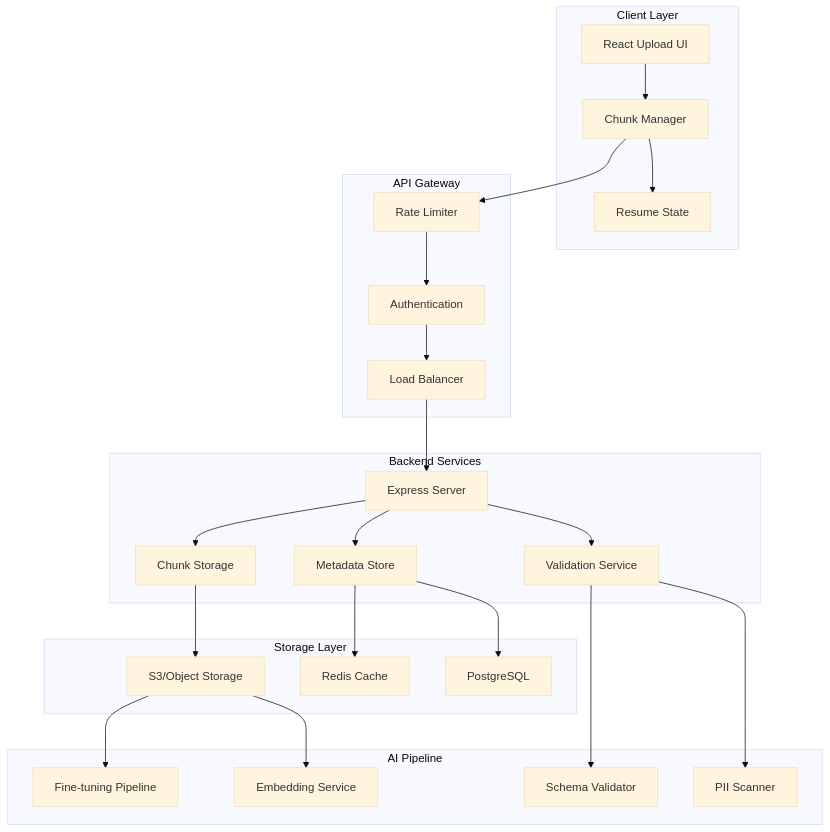
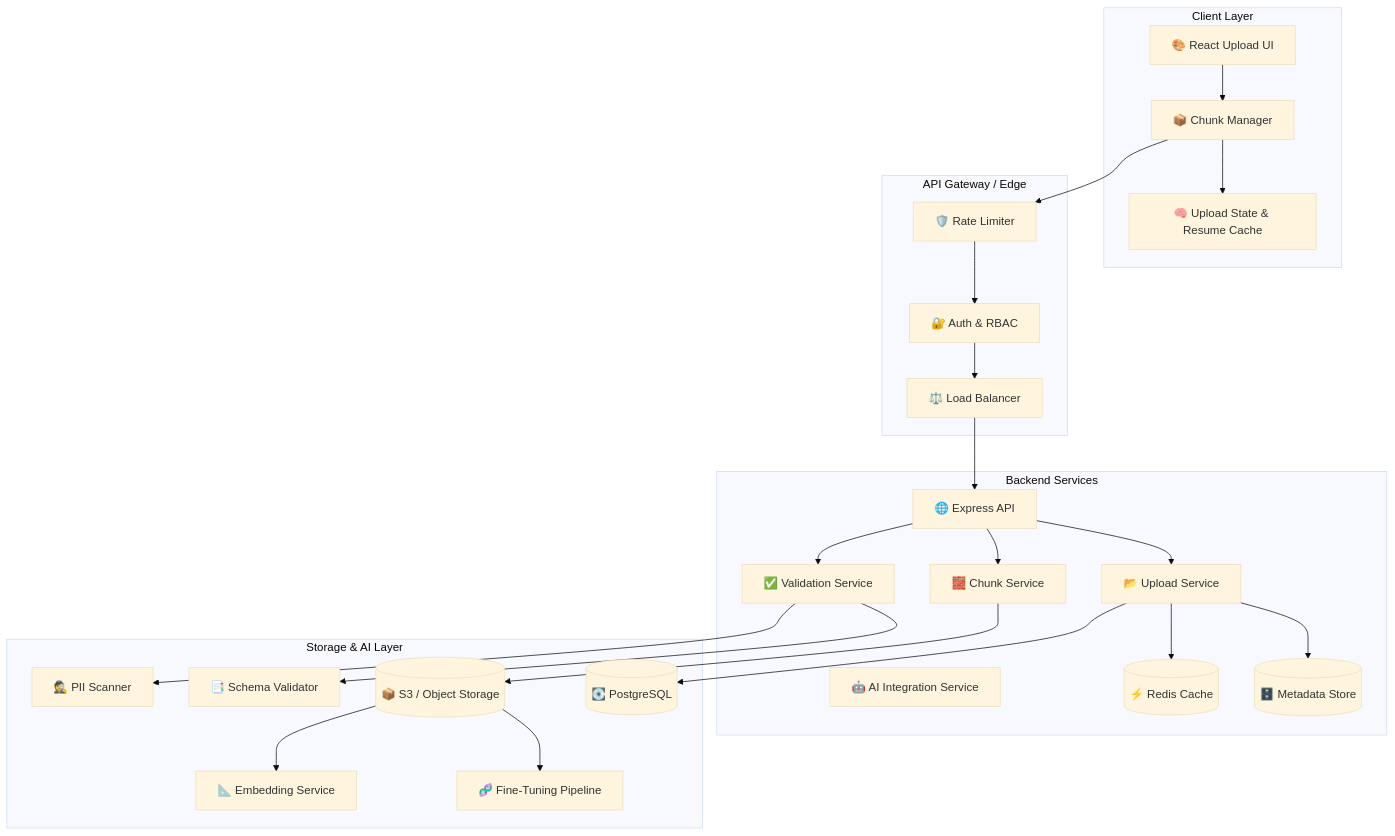
The first of 2 diagrams in README.md (mshall/resilient-dataset-artifact-upload), drawn with Mermaid (base theme) before and after one commit. The commit also changed other lines of this file and 2 other files, not shown here.

````diff
--- a/README.md
+++ b/README.md
@@ -34,51 +57,44 @@
 ```mermaid
 graph TB
     subgraph "Client Layer"
-        UI[React Upload UI]
-        CM[Chunk Manager]
-        RS[Resume State]
+        UI[🎨 React Upload UI]
+        CM[📦 Chunk Manager]
+        ST[🧠 Upload State & Resume Cache]
     end
-    
-    subgraph "API Gateway"
-        RL[Rate Limiter]
-        AUTH[Authentication]
-        LB[Load Balancer]
+
+    subgraph "API Gateway / Edge"
+        RL[🛡️ Rate Limiter]
+        AUTH[🔐 Auth & RBAC]
+        LB[⚖️ Load Balancer]
     end
-    
+
     subgraph "Backend Services"
-        ES[Express Server]
-        CS[Chunk Storage]
-        MS[Metadata Store]
-        VS[Validation Service]
+        ES[🌐 Express API]
+        US[📂 Upload Service]
+        CHS[🧱 Chunk Service]
+        VS[✅ Validation Service]
+        AIS[🤖 AI Integration Service]
+        MS[(🗄️ Metadata Store)]
+        CCH[(⚡ Redis Cache)]
     end
-    
-    subgraph "Storage Layer"
-        S3[S3/Object Storage]
-        RD[Redis Cache]
-        PG[PostgreSQL]
+
+    subgraph "Storage & AI Layer"
+        S3[(📦 S3 / Object Storage)]
+        PG[(💽 PostgreSQL)]
+        FT[🧬 Fine-Tuning Pipeline]
+        EMB[📐 Embedding Service]
+        PII[🕵️ PII Scanner]
+        SCV[📑 Schema Validator]
     end
-    
-    subgraph "AI Pipeline"
-        FT[Fine-tuning Pipeline]
-        EMB[Embedding Service]
-        VAL[Schema Validator]
-        PII[PII Scanner]
-    end
-    
-    UI --> CM
-    CM --> RS
-    CM --> RL
-    RL --> AUTH
-    AUTH --> LB
-    LB --> ES
-    ES --> CS
-    ES --> MS
-    ES --> VS
-    CS --> S3
-    MS --> RD
-    MS --> PG
-    VS --> VAL
+
+    UI --> CM --> ST
+    CM --> RL --> AUTH --> LB --> ES
+    ES --> US --> MS
+    ES --> CHS --> S3
+    US --> CCH
+    US --> PG
+    ES --> VS --> SCV
     VS --> PII
     S3 --> FT
     S3 --> EMB
 ```
````
